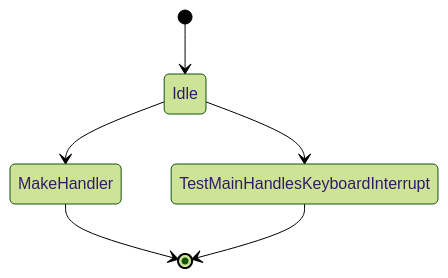
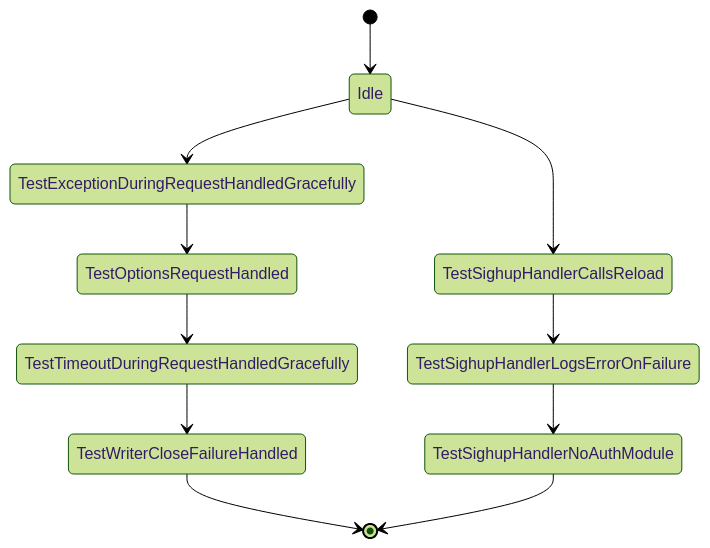
The second of 8 diagrams in docs/auto/ARCHITECTURE_AUTO.md (zepfu/llama-gguf-inference), drawn with Mermaid (forest theme) before and after one commit. The commit also changed other lines of this file and 2 other files, not shown here.

````diff
--- a/docs/auto/ARCHITECTURE_AUTO.md
+++ b/docs/auto/ARCHITECTURE_AUTO.md
@@ -35,8 +37,13 @@
 ```mermaid
 stateDiagram-v2
     [*] --> Idle
-    Idle --> MakeHandler
-    MakeHandler --> [*]
-    Idle --> TestMainHandlesKeyboardInterrupt
-    TestMainHandlesKeyboardInterrupt --> [*]
+    Idle --> TestExceptionDuringRequestHandledGracefully
+    TestExceptionDuringRequestHandledGracefully --> TestOptionsRequestHandled
+    TestOptionsRequestHandled --> TestTimeoutDuringRequestHandledGracefully
+    TestTimeoutDuringRequestHandledGracefully --> TestWriterCloseFailureHandled
+    TestWriterCloseFailureHandled --> [*]
+    Idle --> TestSighupHandlerCallsReload
+    TestSighupHandlerCallsReload --> TestSighupHandlerLogsErrorOnFailure
+    TestSighupHandlerLogsErrorOnFailure --> TestSighupHandlerNoAuthModule
+    TestSighupHandlerNoAuthModule --> [*]
 ```
````
